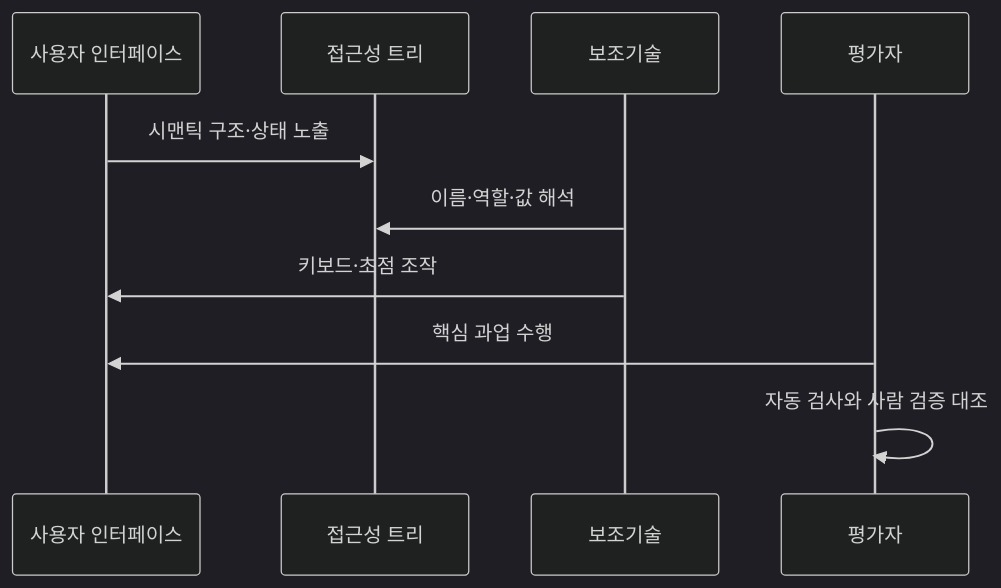
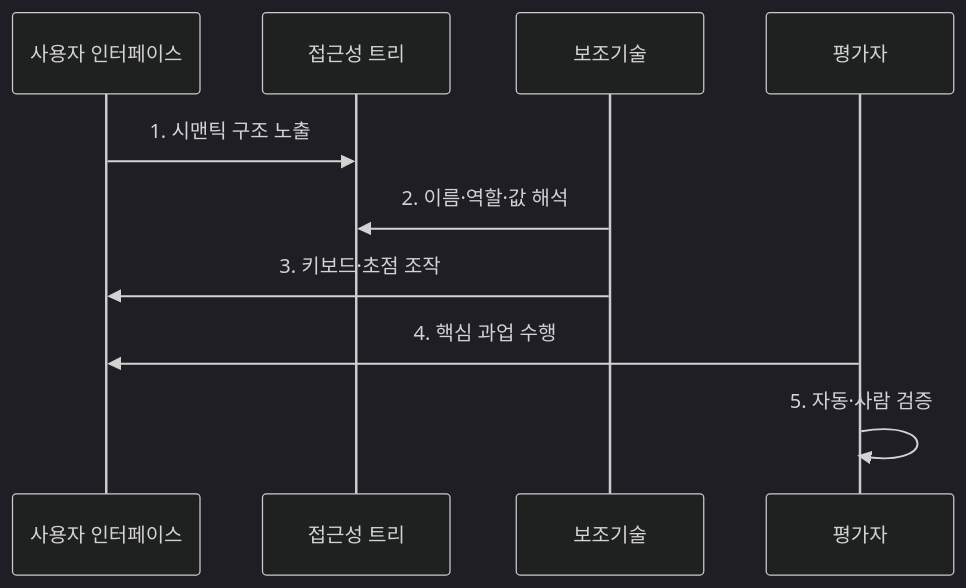
Before and after one commit to agnusdei1207/knowledge-base: the second of 2 diagrams in src/content/docs/notes/03-software/194_digital_accessibility_wcag.md, drawn with Mermaid (dark theme). The commit also changed other lines of this file and 20 other files, not shown here.

````diff
--- a/src/content/docs/notes/03-software/194_digital_accessibility_wcag.md
+++ b/src/content/docs/notes/03-software/194_digital_accessibility_wcag.md
@@ -76,12 +77,12 @@
 ```mermaid
 sequenceDiagram
     participant U as 사용자 인터페이스
     participant A as 접근성 트리
     participant T as 보조기술
     participant V as 평가자
-    U->>A: 시맨틱 구조·상태 노출
-    T->>A: 이름·역할·값 해석
-    T->>U: 키보드·초점 조작
-    V->>U: 핵심 과업 수행
-    V->>V: 자동 검사와 사람 검증 대조
+    U->>A: 1. 시맨틱 구조 노출
+    T->>A: 2. 이름·역할·값 해석
+    T->>U: 3. 키보드·초점 조작
+    V->>U: 4. 핵심 과업 수행
+    V->>V: 5. 자동·사람 검증
 ```
````
